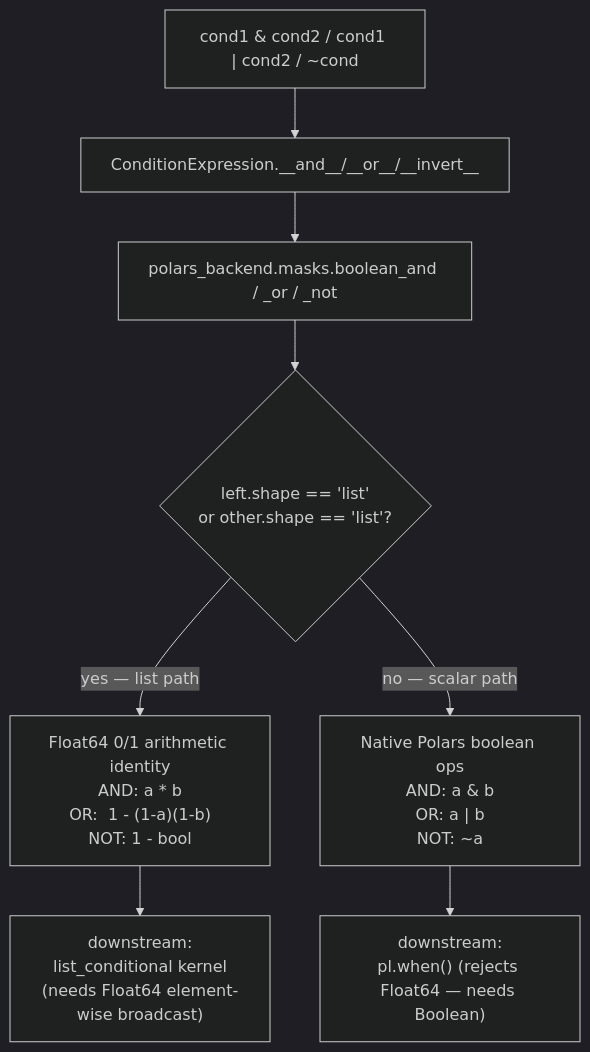
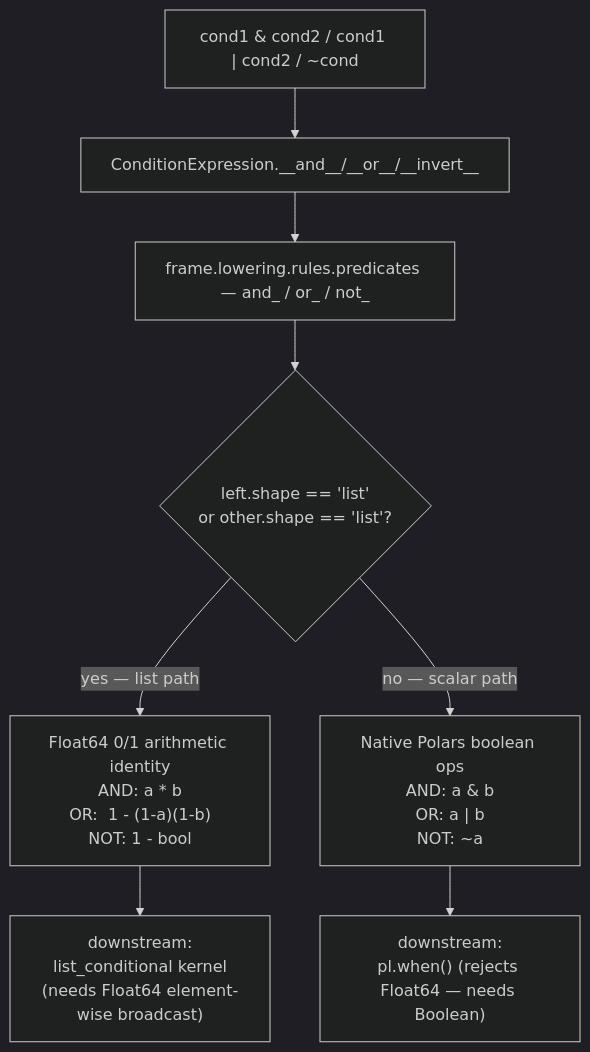
Before and after one commit to gaspatchio/gaspatchio: the seventh of 12 diagrams in ref/37-dispatch-engine-refactor/ARCHITECTURE.md, drawn with Mermaid (dark theme). The commit also changed other lines of this file and 1627 other files, not shown here.

````diff
--- a/ref/37-dispatch-engine-refactor/ARCHITECTURE.md
+++ b/ref/37-dispatch-engine-refactor/ARCHITECTURE.md
@@ -309,13 +318,13 @@
 ```mermaid
 flowchart TD
     Op["cond1 &amp; cond2 / cond1 | cond2 / ~cond"] --> Front["ConditionExpression.__and__/__or__/__invert__"]
-    Front --> Backend["polars_backend.masks.boolean_and / _or / _not"]
+    Front --> Backend["frame.lowering.rules.predicates — and_ / or_ / not_"]
 
     Backend --> ShapeBranch{"left.shape == 'list'<br/>or other.shape == 'list'?"}
 
     ShapeBranch -->|yes — list path| Float["Float64 0/1 arithmetic identity<br/>AND: a * b<br/>OR:  1 - (1-a)(1-b)<br/>NOT: 1 - bool"]
     ShapeBranch -->|no — scalar path| Native["Native Polars boolean ops<br/>AND: a &amp; b<br/>OR: a #124; b<br/>NOT: ~a"]
 
     Float --> Plug["downstream:<br/>list_conditional kernel<br/>(needs Float64 element-wise broadcast)"]
     Native --> Pwhen["downstream:<br/>pl.when() (rejects Float64 — needs Boolean)"]
 ```
````
